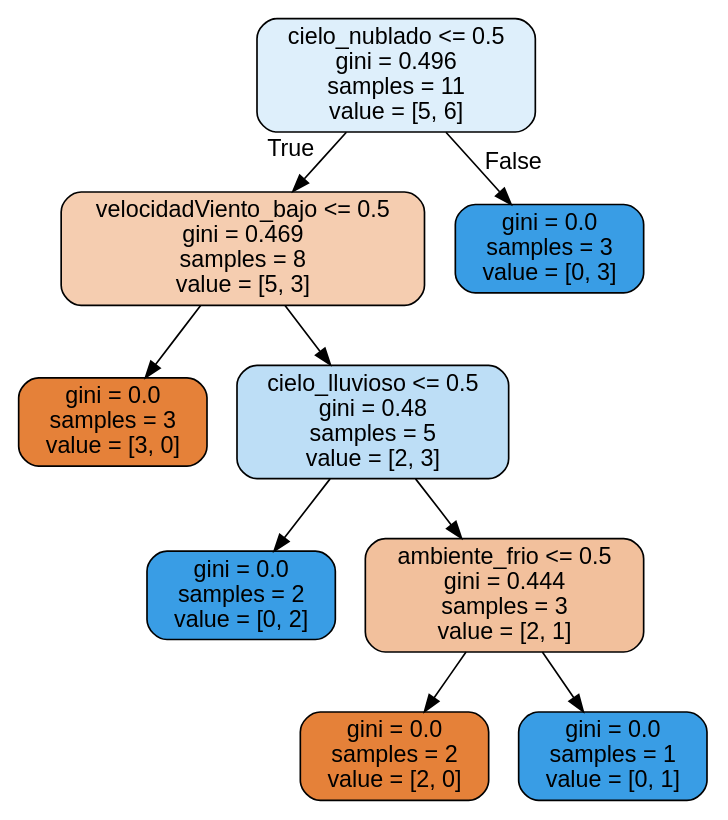
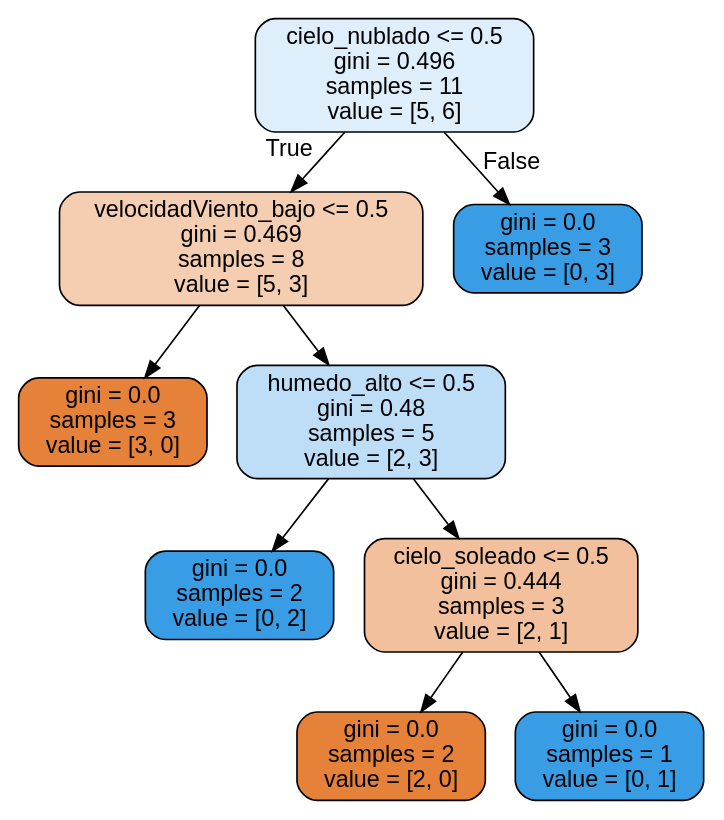
Before and after one commit to EnzoLivelli2000/-rbol-Decisiones: the diagram in juego.dot, drawn with Graphviz. The commit also changed 6 other files, not shown here.

```diff
--- a/juego.dot
+++ b/juego.dot
@@ -1,21 +1,21 @@
 digraph Tree {
 node [shape=box, style="filled, rounded", color="black", fontname=helvetica] ;
 edge [fontname=helvetica] ;
 0 [label="cielo_nublado <= 0.5\ngini = 0.496\nsamples = 11\nvalue = [5, 6]", fillcolor="#deeffb"] ;
 1 [label="velocidadViento_bajo <= 0.5\ngini = 0.469\nsamples = 8\nvalue = [5, 3]", fillcolor="#f5cdb0"] ;
 0 -> 1 [labeldistance=2.5, labelangle=45, headlabel="True"] ;
 2 [label="gini = 0.0\nsamples = 3\nvalue = [3, 0]", fillcolor="#e58139"] ;
 1 -> 2 ;
-3 [label="cielo_lluvioso <= 0.5\ngini = 0.48\nsamples = 5\nvalue = [2, 3]", fillcolor="#bddef6"] ;
+3 [label="humedo_alto <= 0.5\ngini = 0.48\nsamples = 5\nvalue = [2, 3]", fillcolor="#bddef6"] ;
 1 -> 3 ;
 4 [label="gini = 0.0\nsamples = 2\nvalue = [0, 2]", fillcolor="#399de5"] ;
 3 -> 4 ;
-5 [label="ambiente_frio <= 0.5\ngini = 0.444\nsamples = 3\nvalue = [2, 1]", fillcolor="#f2c09c"] ;
+5 [label="cielo_soleado <= 0.5\ngini = 0.444\nsamples = 3\nvalue = [2, 1]", fillcolor="#f2c09c"] ;
 3 -> 5 ;
 6 [label="gini = 0.0\nsamples = 2\nvalue = [2, 0]", fillcolor="#e58139"] ;
 5 -> 6 ;
 7 [label="gini = 0.0\nsamples = 1\nvalue = [0, 1]", fillcolor="#399de5"] ;
 5 -> 7 ;
 8 [label="gini = 0.0\nsamples = 3\nvalue = [0, 3]", fillcolor="#399de5"] ;
 0 -> 8 [labeldistance=2.5, labelangle=-45, headlabel="False"] ;
 }
```
